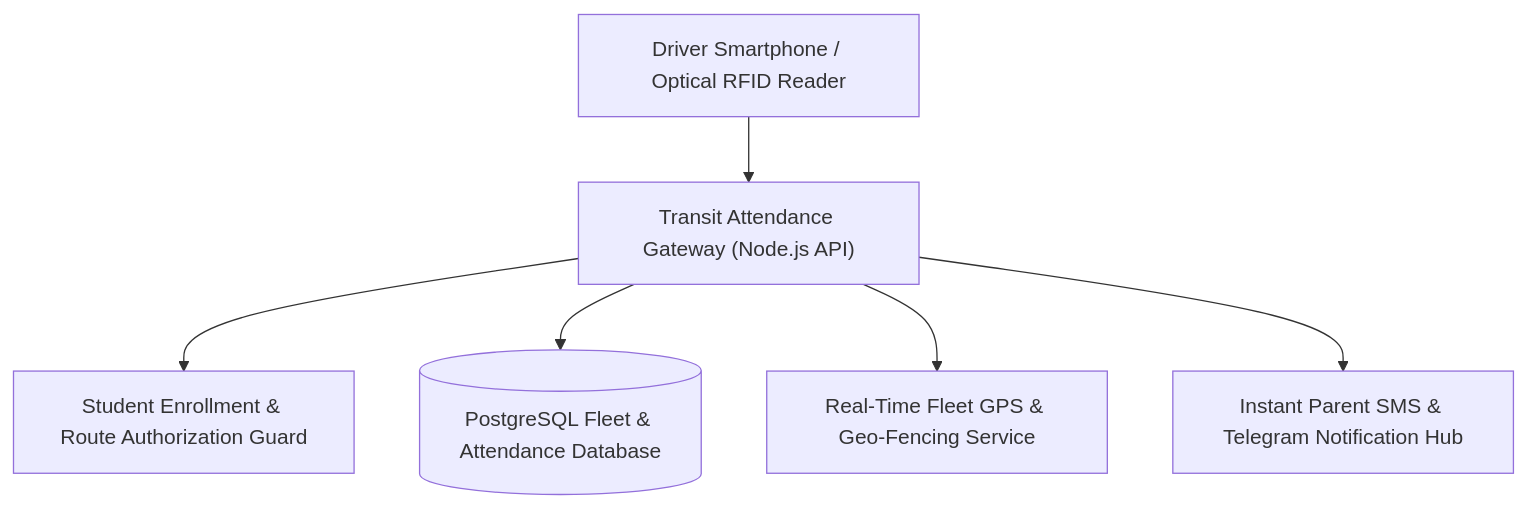
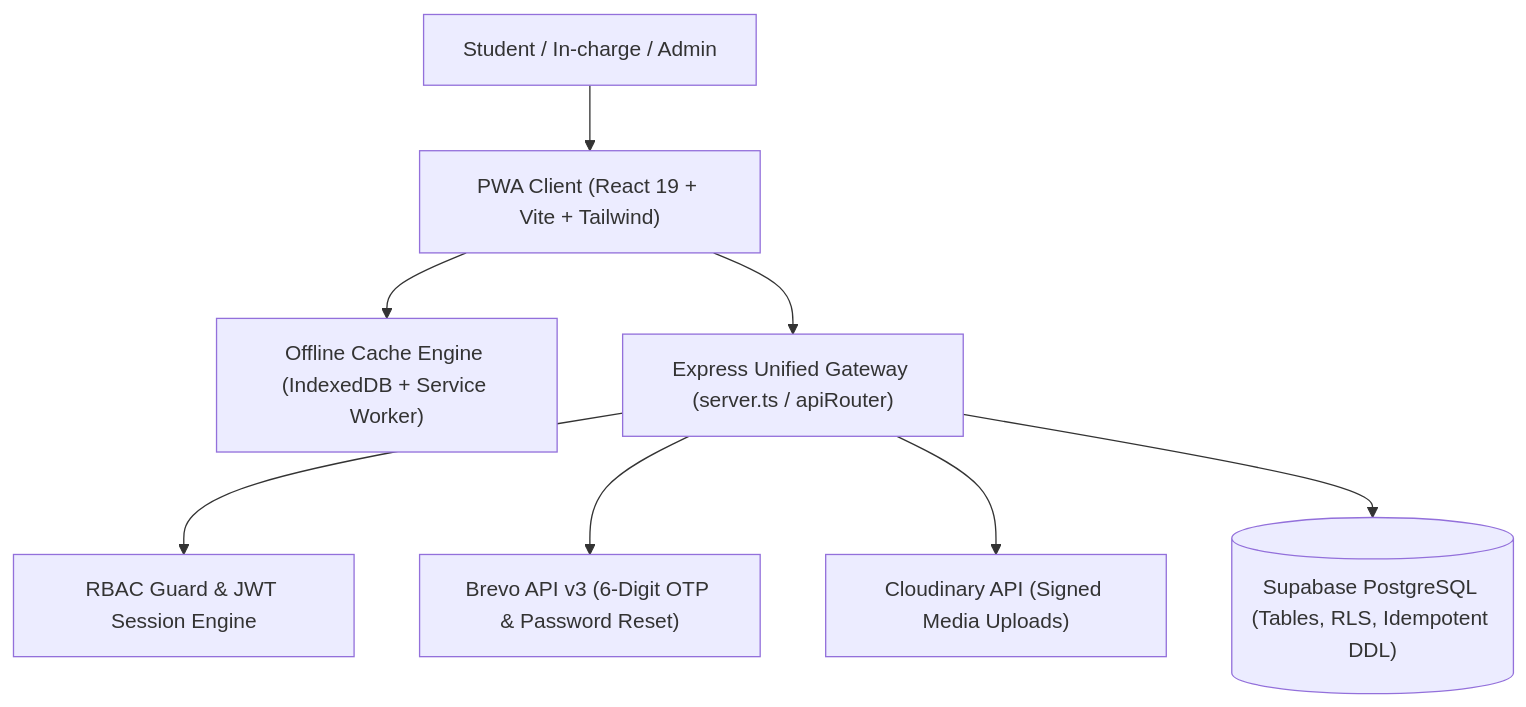
Before and after one commit to Tharun4743/Bus-attendance: the first of 2 diagrams in README.md, drawn with Mermaid. The commit also changed other lines of this file, not shown here.

Commit message:
docs(readme): expand architecture with Supabase PostgreSQL, Brevo OTP, Cloudinary media pipeline, and Zero-Secret protocol

````diff
--- a/README.md
+++ b/README.md
@@ -58,8 +61,10 @@
 ```mermaid
 graph TD
-    Scanner["Driver Smartphone / Optical RFID Reader"] --> API["Transit Attendance Gateway (Node.js API)"]
-    API --> Validator["Student Enrollment & Route Authorization Guard"]
-    API --> DB[("PostgreSQL Fleet & Attendance Database")]
-    API --> GPS["Real-Time Fleet GPS & Geo-Fencing Service"]
-    API --> SMS["Instant Parent SMS & Telegram Notification Hub"]
+    User["Student / In-charge / Admin"] --> PWA["PWA Client (React 19 + Vite + Tailwind)"]
+    PWA --> Cache["Offline Cache Engine (IndexedDB + Service Worker)"]
+    PWA --> API["Express Unified Gateway (server.ts / apiRouter)"]
+    API --> Auth["RBAC Guard & JWT Session Engine"]
+    API --> Brevo["Brevo API v3 (6-Digit OTP & Password Reset)"]
+    API --> Cloudinary["Cloudinary API (Signed Media Uploads)"]
+    API --> DB[("Supabase PostgreSQL (Tables, RLS, Idempotent DDL)")]
 ```
````
